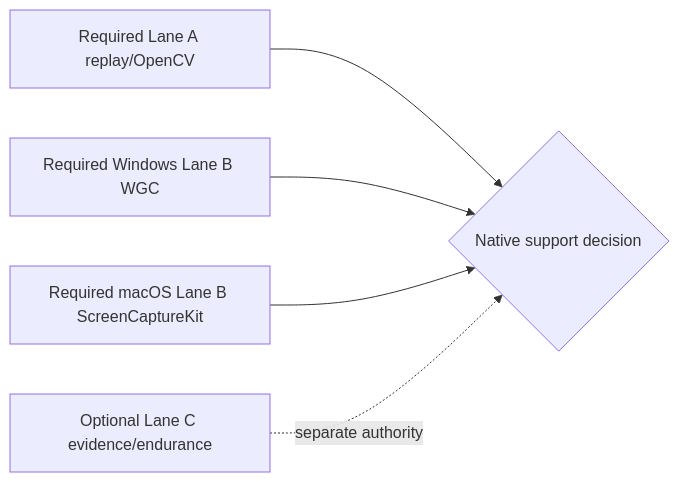
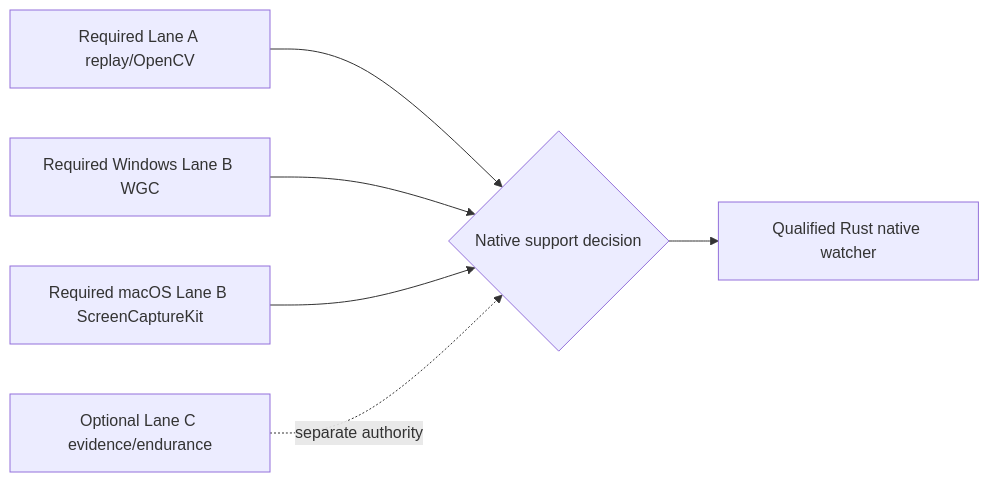
Before and after one commit to pashifika/mado-pilot: the first of 3 diagrams in docs/architecture.md, drawn with Mermaid. The commit also changed other lines of this file and 3 other files, not shown here.

Commit message:
docs(qualification): promote native watcher support

````diff
--- a/docs/architecture.md
+++ b/docs/architecture.md
@@ -110,7 +119,8 @@
 ```mermaid
 flowchart LR
     A[Required Lane A replay/OpenCV] --> D{Native support decision}
     W[Required Windows Lane B WGC] --> D
     M[Required macOS Lane B ScreenCaptureKit] --> D
     C[Optional Lane C evidence/endurance] -. separate authority .-> D
+    D --> Q[Qualified Rust native watcher]
 ```
````
